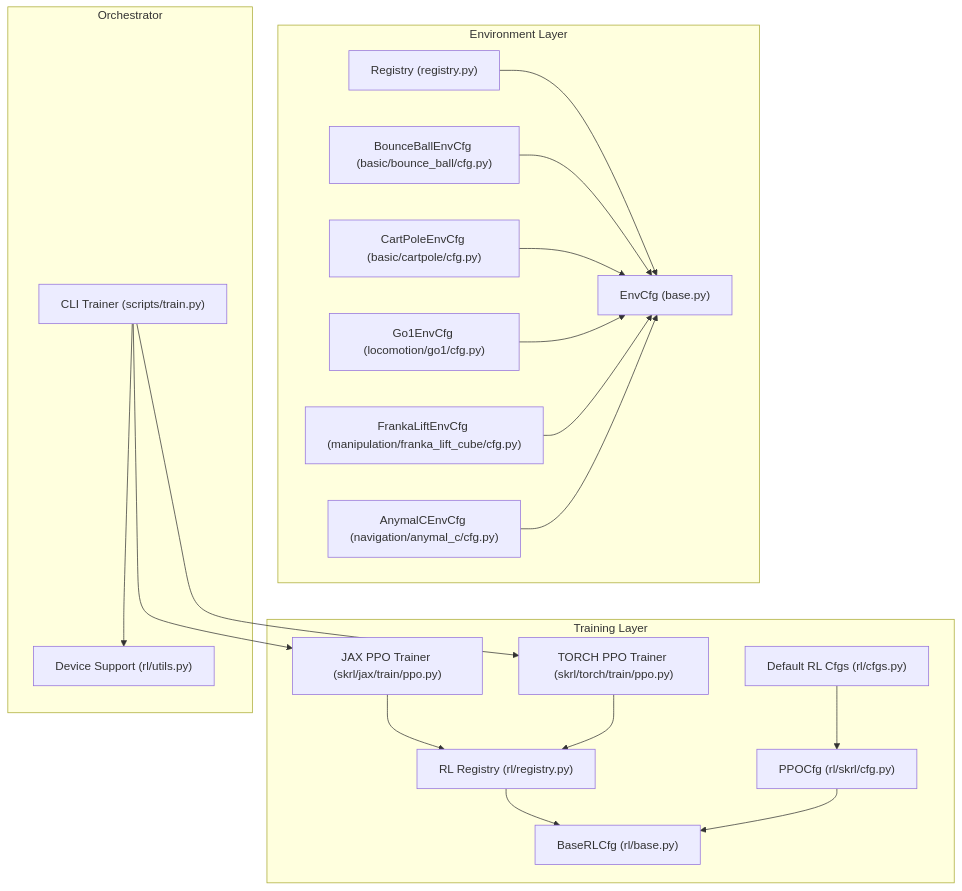
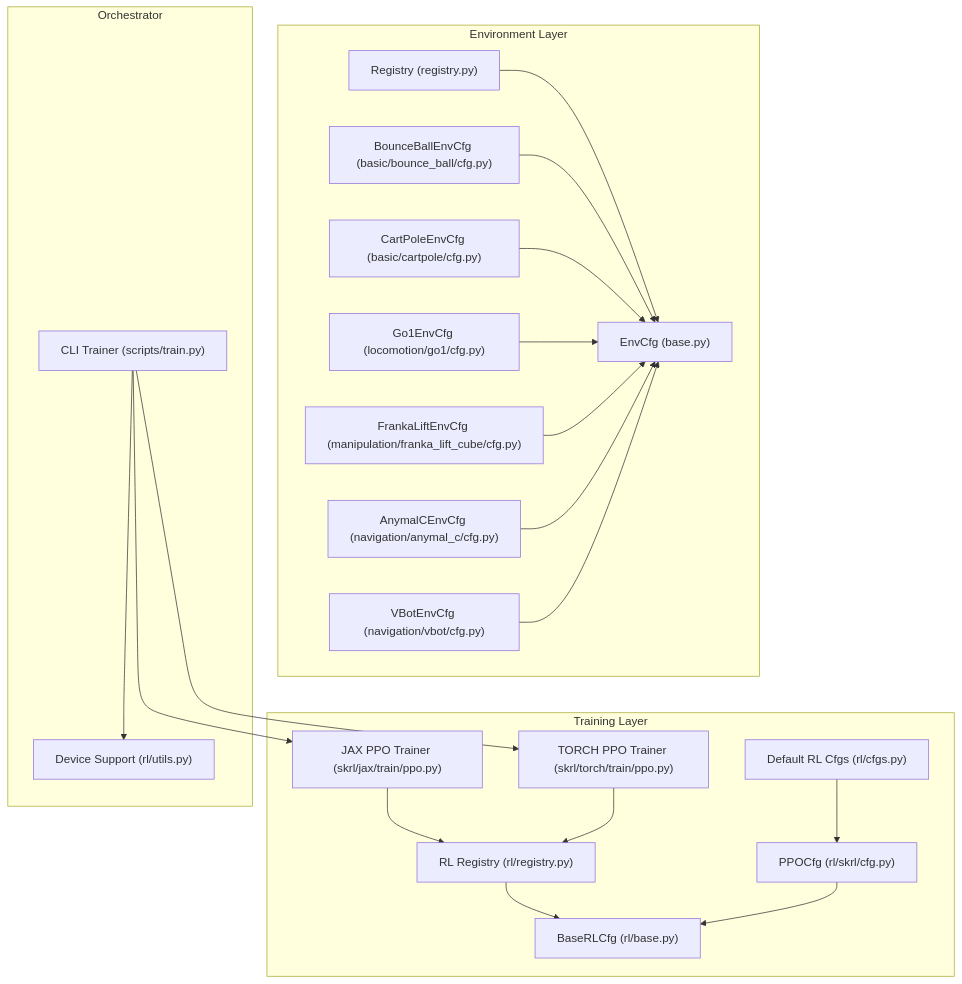
The first of 11 diagrams in .qoder/repowiki/en/content/Configuration System.md (jayjayhust/MotrixLab), drawn with Mermaid before and after one commit. The commit also changed other lines of this file and 15 other files, not shown here.

````diff
--- a/.qoder/repowiki/en/content/Configuration System.md
+++ b/.qoder/repowiki/en/content/Configuration System.md
@@ -42,38 +52,40 @@
 ```mermaid
 graph TB
 subgraph "Environment Layer"
 EBase["EnvCfg (base.py)"]
 EReg["Registry (registry.py)"]
 EBall["BounceBallEnvCfg (basic/bounce_ball/cfg.py)"]
 ECp["CartPoleEnvCfg (basic/cartpole/cfg.py)"]
 EGo1["Go1EnvCfg (locomotion/go1/cfg.py)"]
 EFranka["FrankaLiftEnvCfg (manipulation/franka_lift_cube/cfg.py)"]
 EAny["AnymalCEnvCfg (navigation/anymal_c/cfg.py)"]
+EVbot["VBotEnvCfg (navigation/vbot/cfg.py)"]
 end
 subgraph "Training Layer"
 RBase["BaseRLCfg (rl/base.py)"]
 RPPO["PPOCfg (rl/skrl/cfg.py)"]
 RCfgs["Default RL Cfgs (rl/cfgs.py)"]
 RReg["RL Registry (rl/registry.py)"]
 RJAX["JAX PPO Trainer (skrl/jax/train/ppo.py)"]
 RTORCH["TORCH PPO Trainer (skrl/torch/train/ppo.py)"]
 end
 subgraph "Orchestrator"
 Train["CLI Trainer (scripts/train.py)"]
 Utils["Device Support (rl/utils.py)"]
 end
 EReg --> EBase
 EBall --> EBase
 ECp --> EBase
 EGo1 --> EBase
 EFranka --> EBase
 EAny --> EBase
+EVbot --> EBase
 RReg --> RBase
 RPPO --> RBase
 RCfgs --> RPPO
 RJAX --> RReg
 RTORCH --> RReg
 Train --> Utils
 Train --> RJAX
 Train --> RTORCH
 ```
````
